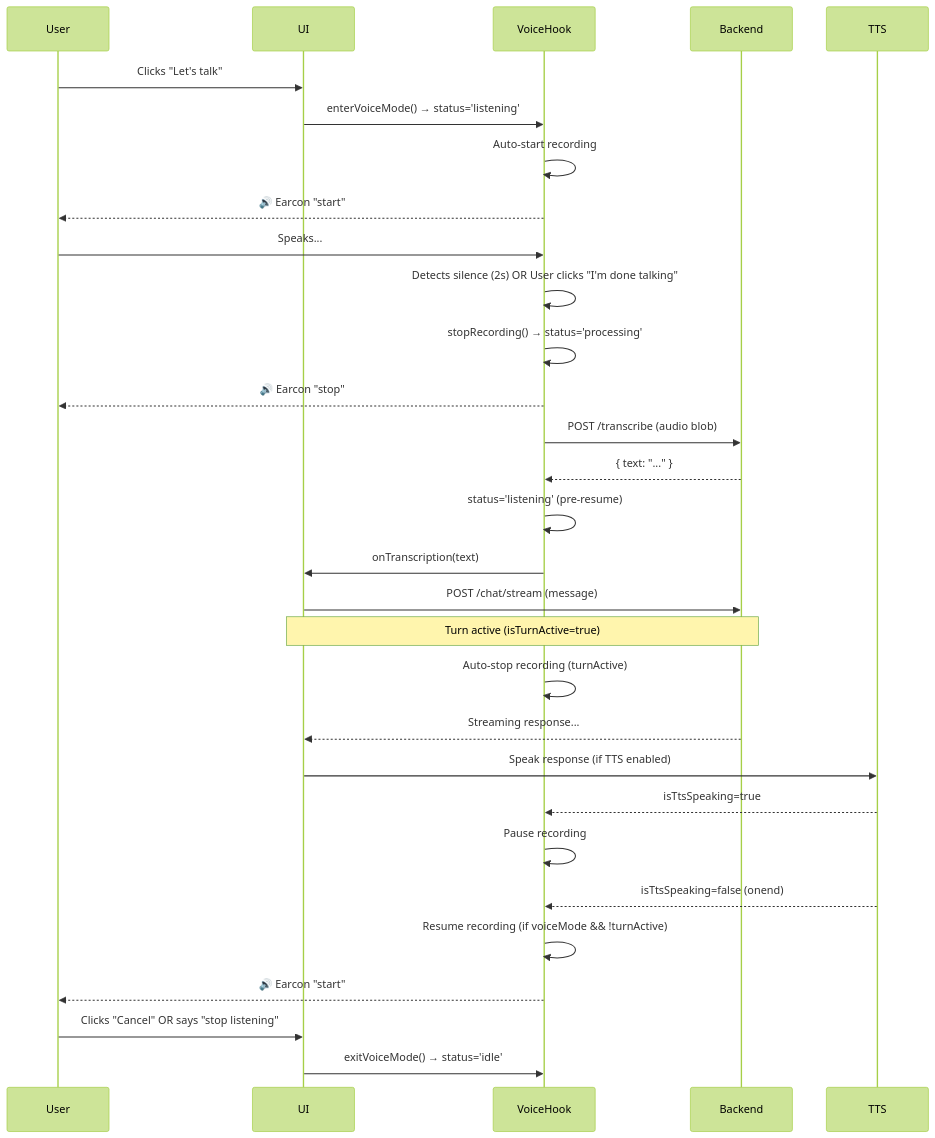
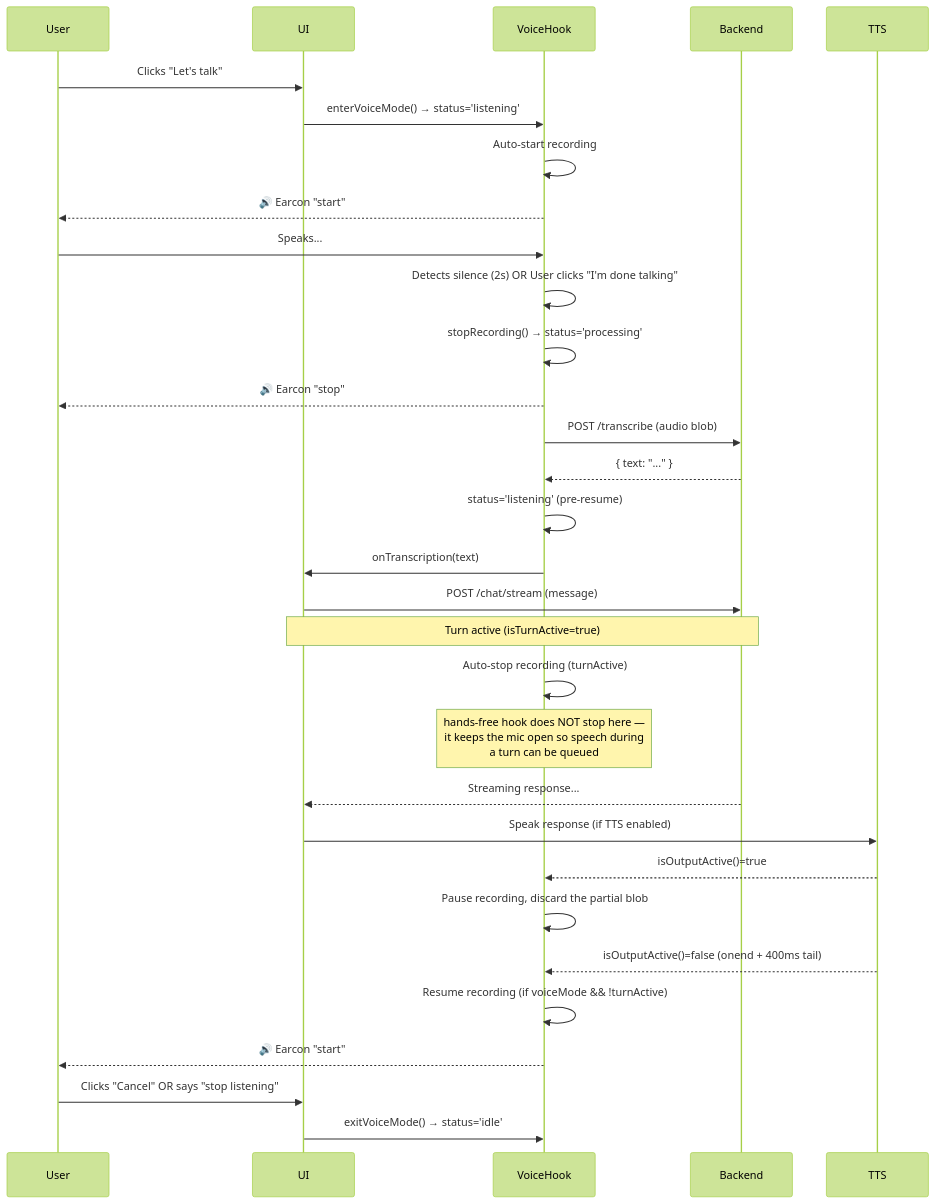
One commit to bozzltron/mydigitalassistant.ai changed the diagram in docs/CONVERSATION_MODE_FLOW.md. Above: the diagram before and after it, drawn with Mermaid (forest theme). The commit also changed other lines of this file and 7 other files, not shown here.

````diff
--- a/docs/CONVERSATION_MODE_FLOW.md
+++ b/docs/CONVERSATION_MODE_FLOW.md
@@ -10,40 +15,40 @@
 ```mermaid
 sequenceDiagram
     participant User
     participant UI
     participant VoiceHook
     participant Backend
     participant TTS
 
     User->>UI: Clicks "Let's talk"
     UI->>VoiceHook: enterVoiceMode() → status='listening'
     VoiceHook->>VoiceHook: Auto-start recording
     VoiceHook-->>User: 🔊 Earcon "start"
     
     User->>VoiceHook: Speaks...
     VoiceHook->>VoiceHook: Detects silence (2s) OR User clicks "I'm done talking"
     VoiceHook->>VoiceHook: stopRecording() → status='processing'
     VoiceHook-->>User: 🔊 Earcon "stop"
     
     VoiceHook->>Backend: POST /transcribe (audio blob)
     Backend-->>VoiceHook: { text: "..." }
     
     VoiceHook->>VoiceHook: status='listening' (pre-resume)
     VoiceHook->>UI: onTranscription(text)
     UI->>Backend: POST /chat/stream (message)
     
     Note over UI,Backend: Turn active (isTurnActive=true)
     VoiceHook->>VoiceHook: Auto-stop recording (turnActive)
-    
+    Note over VoiceHook: hands-free hook does NOT stop here —<br/>it keeps the mic open so speech during<br/>a turn can be queued
     Backend-->>UI: Streaming response...
     UI->>TTS: Speak response (if TTS enabled)
-    TTS-->>VoiceHook: isTtsSpeaking=true
-    VoiceHook->>VoiceHook: Pause recording
+    TTS-->>VoiceHook: isOutputActive()=true
+    VoiceHook->>VoiceHook: Pause recording, discard the partial blob
     
-    TTS-->>VoiceHook: isTtsSpeaking=false (onend)
+    TTS-->>VoiceHook: isOutputActive()=false (onend + 400ms tail)
     VoiceHook->>VoiceHook: Resume recording (if voiceMode && !turnActive)
     VoiceHook-->>User: 🔊 Earcon "start"
     
     User->>UI: Clicks "Cancel" OR says "stop listening"
     UI->>VoiceHook: exitVoiceMode() → status='idle'
 ```
````
